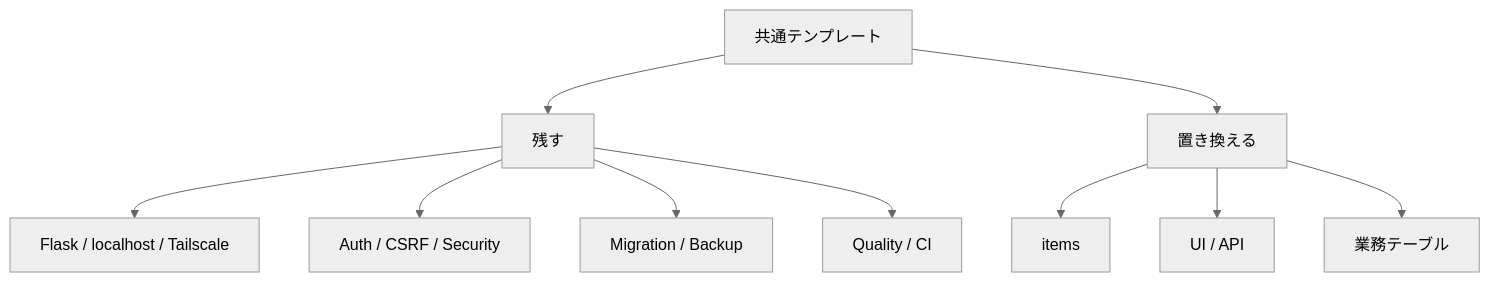
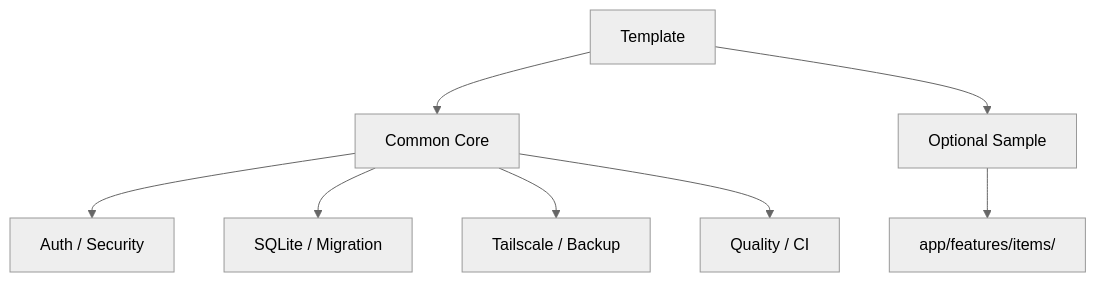
Before and after one commit to k-systems202208/python-sqlite-tailscale-webapp-template: the second of 6 diagrams in README.md, drawn with Mermaid (neutral theme). The commit also changed other lines of this file and 26 other files, not shown here.

````diff
--- a/README.md
+++ b/README.md
@@ -44,12 +46,10 @@
 ```mermaid
 flowchart TD
-    T["共通テンプレート"] --> K["残す"]
-    T --> R["置き換える"]
-    K --> K1["Flask / localhost / Tailscale"]
-    K --> K2["Auth / CSRF / Security"]
-    K --> K3["Migration / Backup"]
-    K --> K4["Quality / CI"]
-    R --> R1["items"]
-    R --> R2["UI / API"]
-    R --> R3["業務テーブル"]
+    T["Template"] --> C["Common Core"]
+    T --> S["Optional Sample"]
+    C --> C1["Auth / Security"]
+    C --> C2["SQLite / Migration"]
+    C --> C3["Tailscale / Backup"]
+    C --> C4["Quality / CI"]
+    S --> S1["app/features/items/"]
 ```
````
